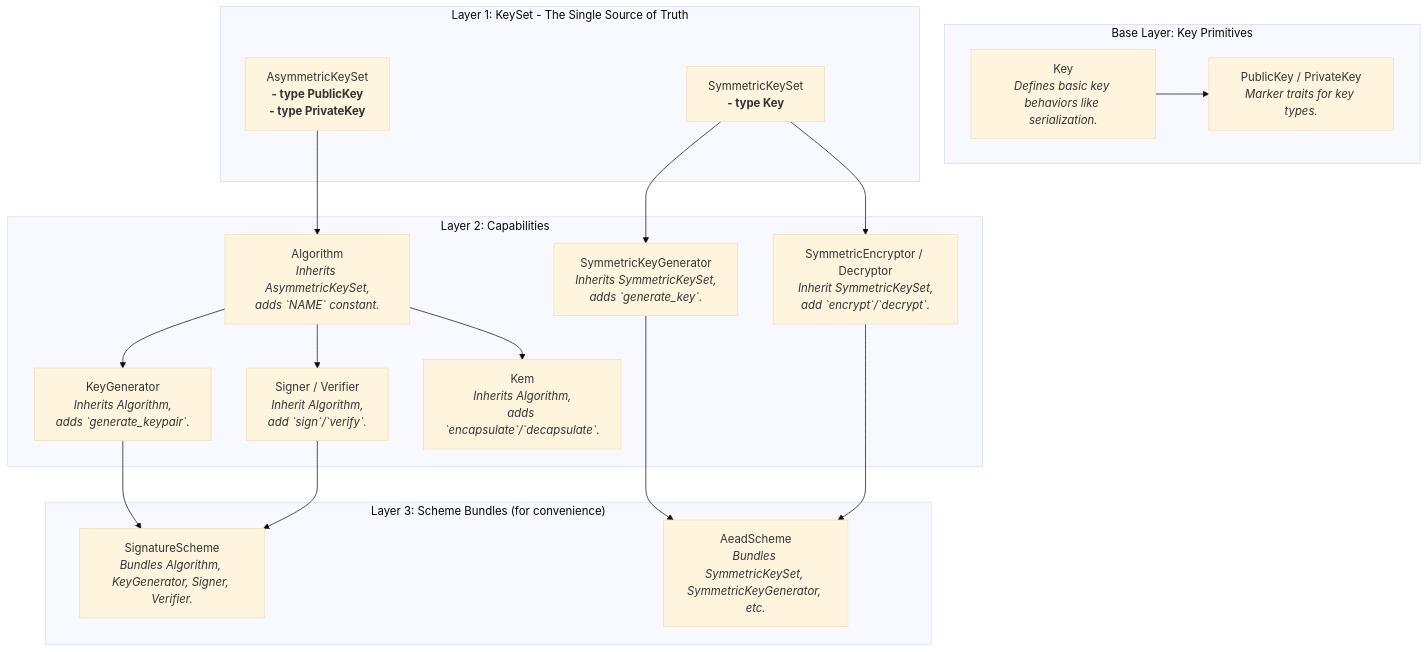
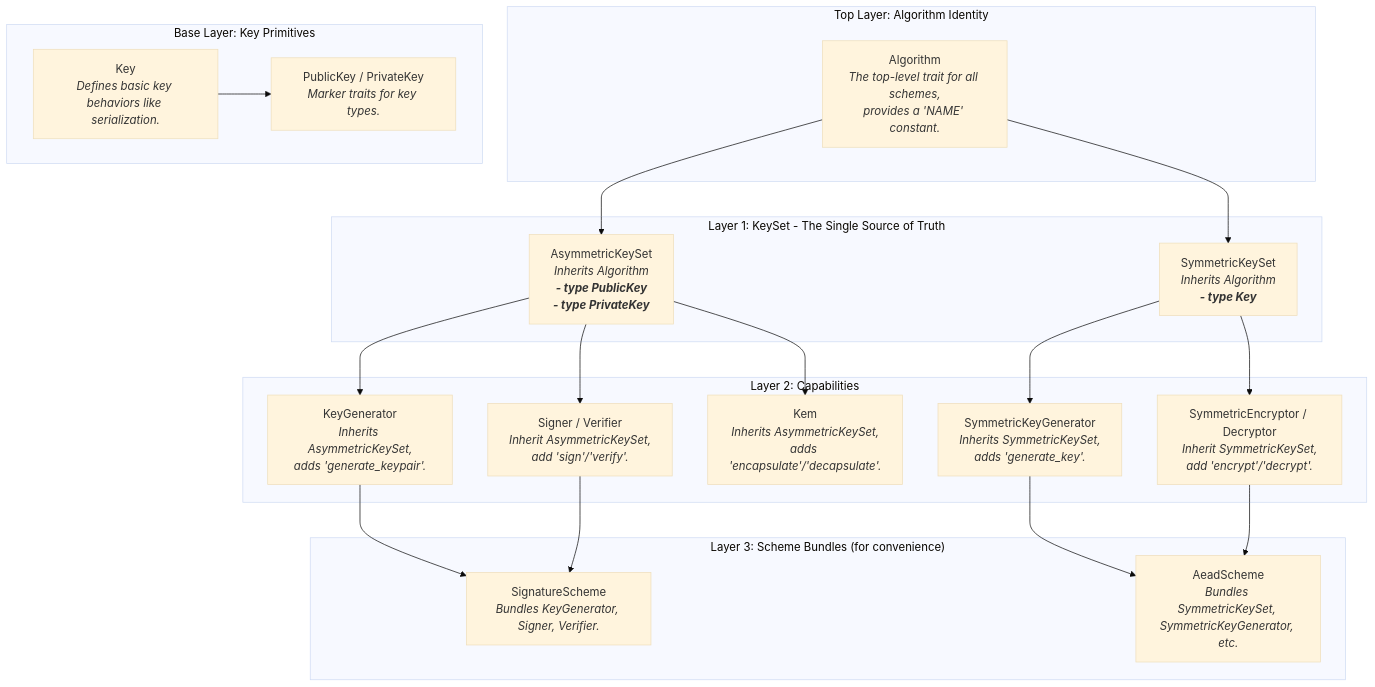
The diagram in README.md (ShaoG-R/seal-crypto), drawn with Mermaid (base theme) before and after one commit. The commit also changed other lines of this file and 20 other files, not shown here.

Commit message:
更新 README 文档，调整算法标识和密钥原语的描述，优化示例代码中的 RSA 和 Kyber 方案导入路径，重构 Trait 定义以提升可读性，移除未使用的 KEM Trait，确保文档与代码一致性。

````diff
--- a/README.md
+++ b/README.md
@@ -82,36 +82,44 @@
 ```mermaid
 graph TD
+    subgraph "Top Layer: Algorithm Identity"
+        Z["Algorithm<br/><i>The top-level trait for all schemes,<br/>provides a 'NAME' constant.</i>"]
+    end
+
     subgraph "Base Layer: Key Primitives"
-        A[Key<br/><i>Defines basic key behaviors like serialization.</i>]
-        B[PublicKey / PrivateKey<br/><i>Marker traits for key types.</i>]
+        A["Key<br/><i>Defines basic key behaviors like serialization.</i>"]
+        B["PublicKey / PrivateKey<br/><i>Marker traits for key types.</i>"]
     end
 
     subgraph "Layer 1: KeySet - The Single Source of Truth"
-        C[AsymmetricKeySet<br/><b>- type PublicKey<br/>- type PrivateKey</b>]
-        D[SymmetricKeySet<br/><b>- type Key</b>]
+        C["AsymmetricKeySet<br/><i>Inherits Algorithm<br/><b>- type PublicKey<br/>- type PrivateKey</b></i>"]
+        D["SymmetricKeySet<br/><i>Inherits Algorithm<br/><b>- type Key</b></i>"]
     end
 
     subgraph "Layer 2: Capabilities"
-        E[Algorithm<br/><i>Inherits AsymmetricKeySet,<br/>adds `NAME` constant.</i>]
-        F[KeyGenerator<br/><i>Inherits Algorithm,<br/>adds `generate_keypair`.</i>]
-        G[Signer / Verifier<br/><i>Inherit Algorithm,<br/>add `sign`/`verify`.</i>]
-        H[Kem<br/><i>Inherits Algorithm,<br/>adds `encapsulate`/`decapsulate`.</i>]
-        I[SymmetricKeyGenerator<br/><i>Inherits SymmetricKeySet,<br/>adds `generate_key`.</i>]
-        J[SymmetricEncryptor / Decryptor<br/><i>Inherit SymmetricKeySet,<br/>add `encrypt`/`decrypt`.</i>]
+        F["KeyGenerator<br/><i>Inherits AsymmetricKeySet,<br/>adds 'generate_keypair'.</i>"]
+        G["Signer / Verifier<br/><i>Inherit AsymmetricKeySet,<br/>add 'sign'/'verify'.</i>"]
+        H["Kem<br/><i>Inherits AsymmetricKeySet,<br/>adds 'encapsulate'/'decapsulate'.</i>"]
+        I["SymmetricKeyGenerator<br/><i>Inherits SymmetricKeySet,<br/>adds 'generate_key'.</i>"]
+        J["SymmetricEncryptor / Decryptor<br/><i>Inherit SymmetricKeySet,<br/>add 'encrypt'/'decrypt'.</i>"]
     end
     
     subgraph "Layer 3: Scheme Bundles (for convenience)"
-        K[SignatureScheme<br/><i>Bundles Algorithm, KeyGenerator, Signer, Verifier.</i>]
-        L[AeadScheme<br/><i>Bundles SymmetricKeySet, SymmetricKeyGenerator, etc.</i>]
+        K["SignatureScheme<br/><i>Bundles KeyGenerator, Signer, Verifier.</i>"]
+        L["AeadScheme<br/><i>Bundles SymmetricKeySet, SymmetricKeyGenerator, etc.</i>"]
     end
 
     A --> B
-    C --> E --> F
-    E --> G
-    E --> H
+
+    Z --> C
+    Z --> D
+    
+    C --> F
+    C --> G
+    C --> H
+    
     F & G --> K
 
     D --> I
     D --> J
     I & J --> L
 ```
````
